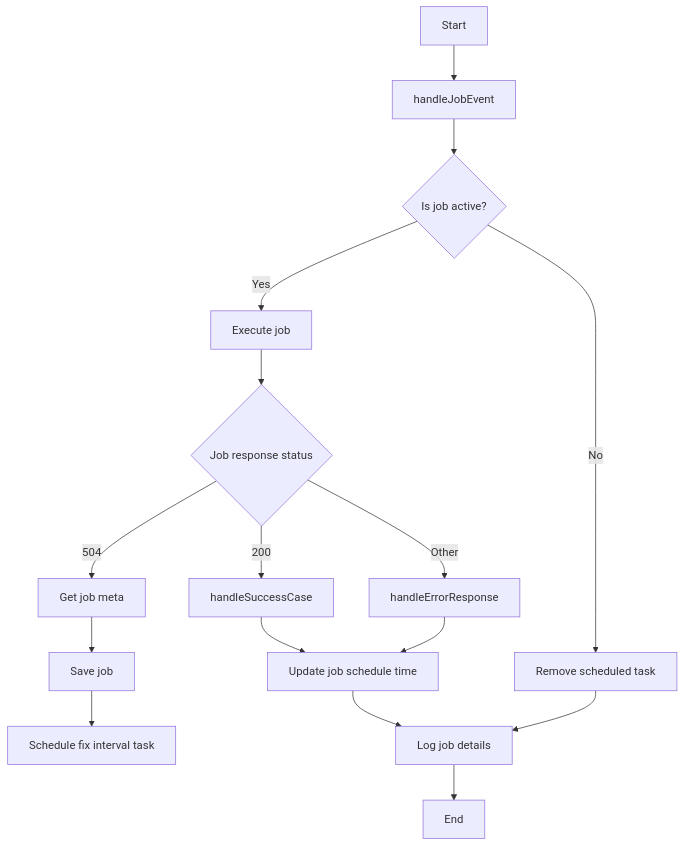
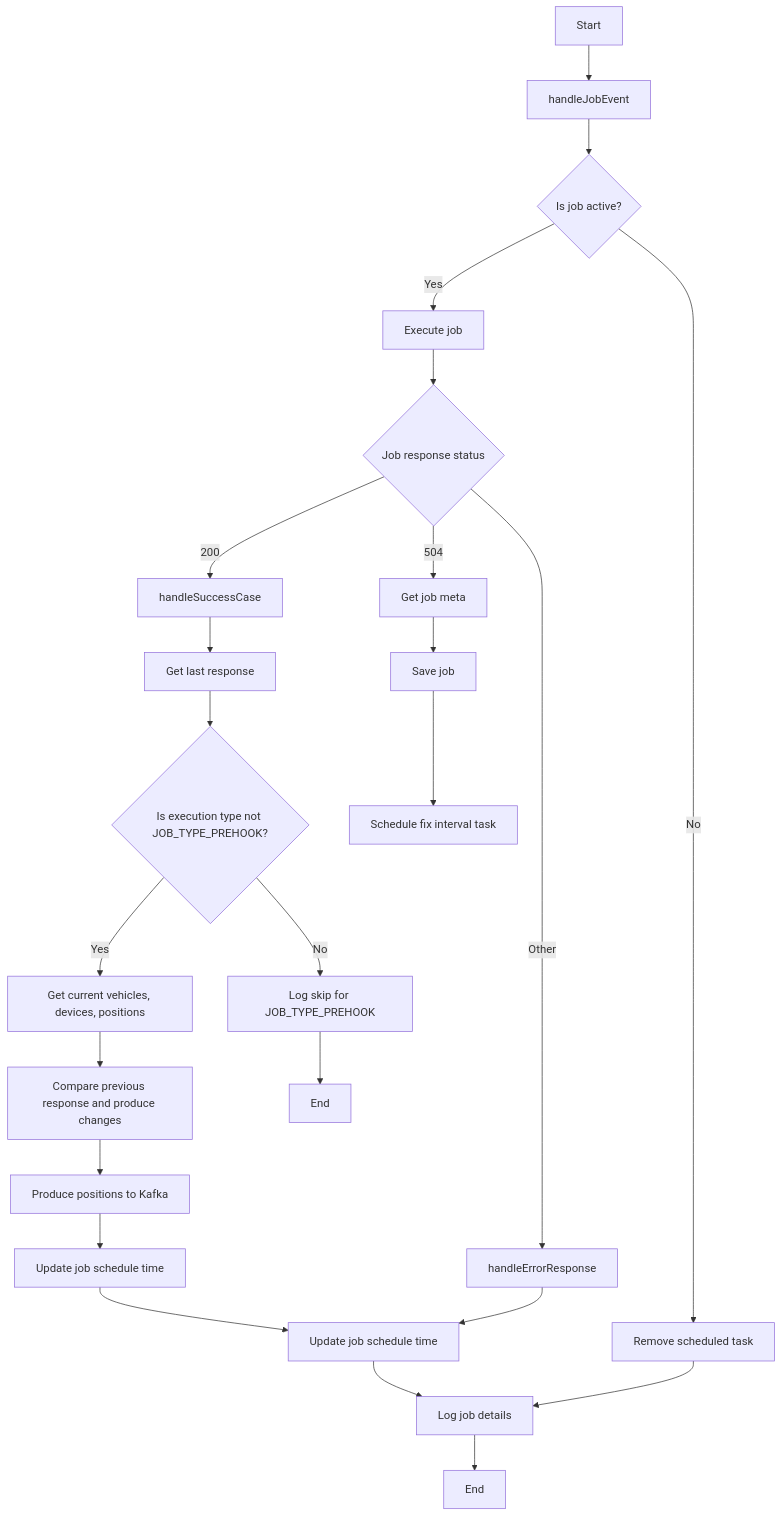
Before and after one commit to sahilFretron/myPush: the diagram in TPI/EventHandleV2.mermaid, drawn with Mermaid.

```diff
--- a/TPI/EventHandleV2.mermaid
+++ b/TPI/EventHandleV2.mermaid
@@ -1,16 +1,24 @@
 graph TD;
     A[Start] --> B[handleJobEvent]
     B --> C{Is job active?}
     C -- Yes --> D[Execute job]
     D --> E{Job response status}
     E -- 200 --> F[handleSuccessCase]
+    F --> AI[Get last response]
+    AI --> AJ{Is execution type not JOB_TYPE_PREHOOK?}
+    AJ -- Yes --> AK[Get current vehicles, devices, positions]
+    AK --> AL[Compare previous response and produce changes]
+    AL --> AM[Produce positions to Kafka]
+    AJ -- No --> AN[Log skip for JOB_TYPE_PREHOOK]
+    AN --> AO[End]
+    AM --> AP[Update job schedule time]
     E -- 504 --> G[Get job meta]
     G --> H[Save job]
     H --> I[Schedule fix interval task]
     E -- Other --> J[handleErrorResponse]
     C -- No --> K[Remove scheduled task]
-    F --> L[Update job schedule time]
+    AP --> L[Update job schedule time]
     J --> L
     L --> M[Log job details]
     K --> M
     M --> N[End]
```
